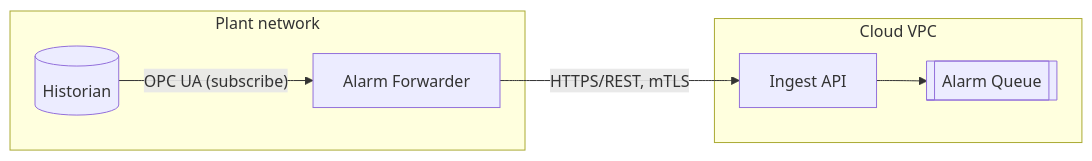
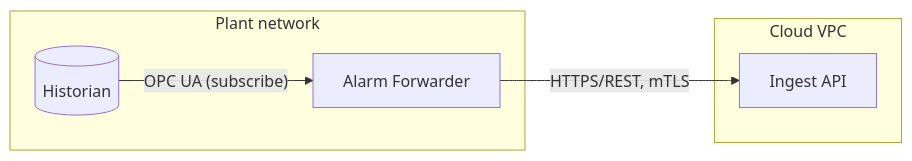
One commit to kennethjeremyau/ai changed the diagram in skills/design-document/SKILL.md. Above: the diagram before and after it, drawn with Mermaid. The commit also changed other lines of this file and 3 other files, not shown here.

````diff
--- a/skills/design-document/SKILL.md
+++ b/skills/design-document/SKILL.md
@@ -85,14 +44,12 @@
 ```mermaid
 flowchart LR
   subgraph plant["Plant network"]
     hist[("Historian")]
     fwd["Alarm Forwarder"]
   end
   subgraph cloud["Cloud VPC"]
     api["Ingest API"]
-    q[["Alarm Queue"]]
   end
   hist -- "OPC UA (subscribe)" --> fwd
   fwd -- "HTTPS/REST, mTLS" --> api
-  api --> q
 ```
````
